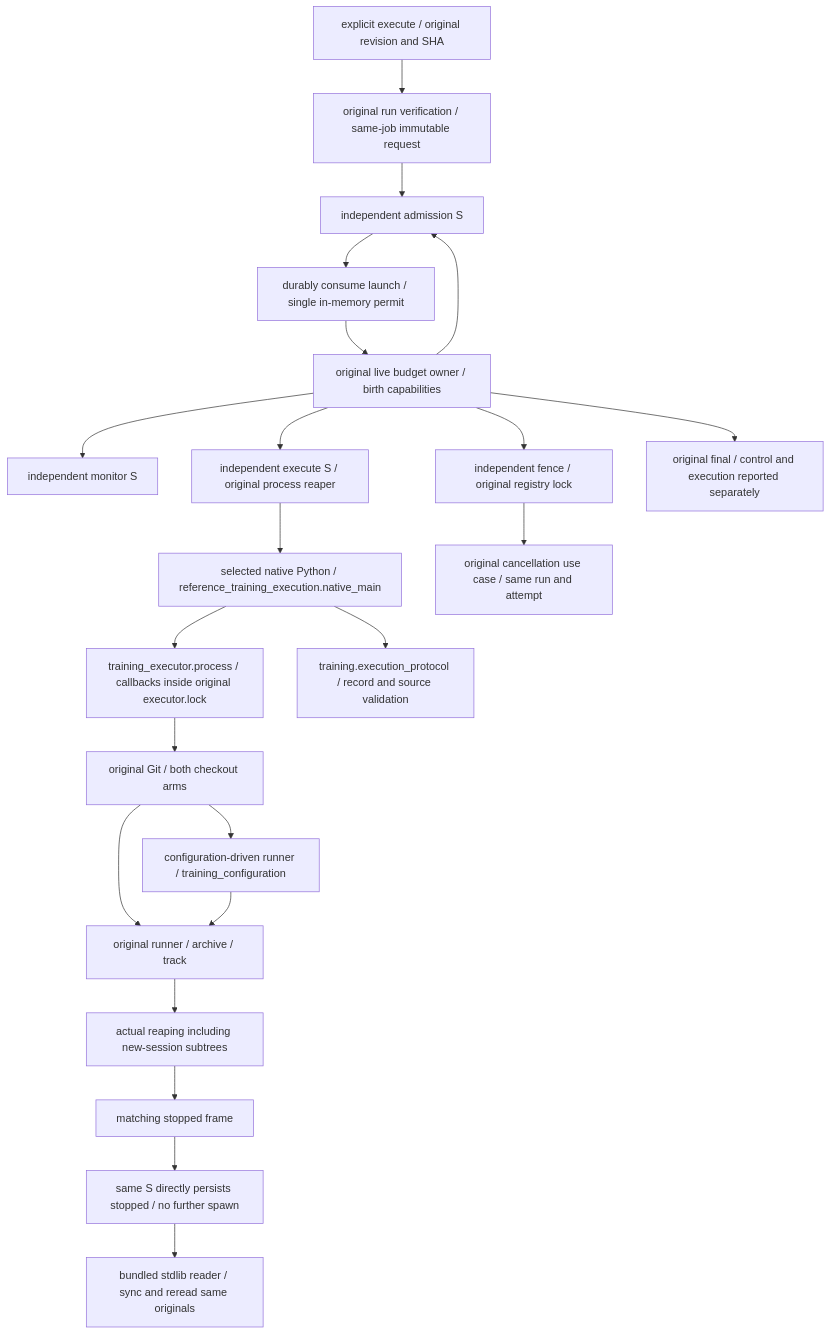
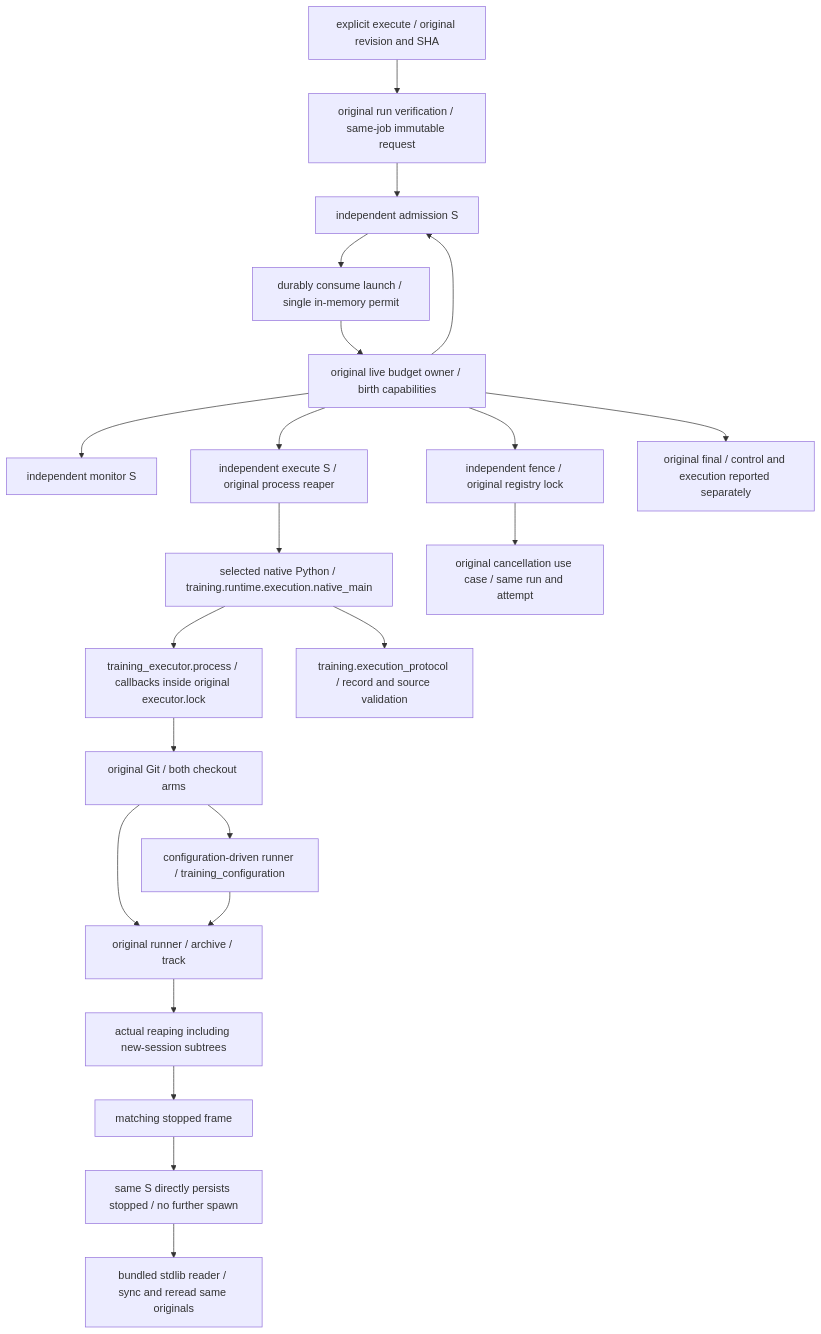
The third of 3 diagrams in docs/architecture/execution/training.md (626619403/Ergora), drawn with Mermaid before and after one commit. The commit also changed other lines of this file and 69 other files, not shown here.

````diff
--- a/docs/architecture/execution/training.md
+++ b/docs/architecture/execution/training.md
@@ -82,24 +84,24 @@
 ```mermaid
 flowchart TD
   Explicit[explicit execute / original revision and SHA] --> Request[original run verification / same-job immutable request]
   Birth[original live budget owner / birth capabilities] --> Monitor[independent monitor S]
   Birth --> Admission[independent admission S]
   Request --> Admission
   Admission --> Launch[durably consume launch / single in-memory permit]
   Launch --> Birth
   Birth --> Execute[independent execute S / original process reaper]
-  Execute --> Native[selected native Python / reference_training_execution.native_main]
+  Execute --> Native[selected native Python / training.runtime.execution.native_main]
   Native --> Locked[training_executor.process / callbacks inside original executor.lock]
   Native --> Records[training.execution_protocol / record and source validation]
   Locked --> Clone[original Git / both checkout arms]
   Clone --> Config[configuration-driven runner / training_configuration]
   Clone --> Body[original runner / archive / track]
   Config --> Body
   Body --> Reap[actual reaping including new-session subtrees]
   Reap --> Frame[matching stopped frame]
   Frame --> Stored[same S directly persists stopped / no further spawn]
   Birth --> Fence[independent fence / original registry lock]
   Fence --> Cancel[original cancellation use case / same run and attempt]
   Stored --> Offline[bundled stdlib reader / sync and reread same originals]
   Birth --> Final[original final / control and execution reported separately]
 ```
````
